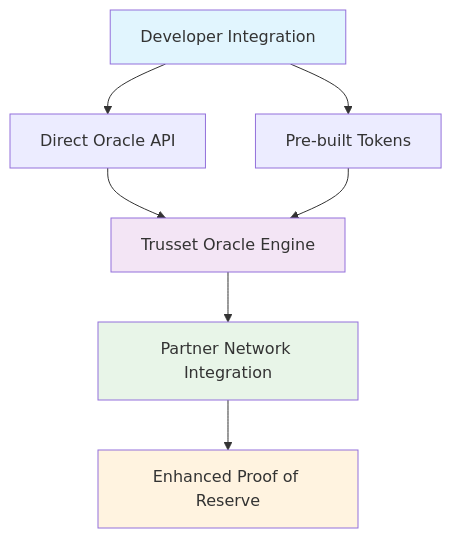
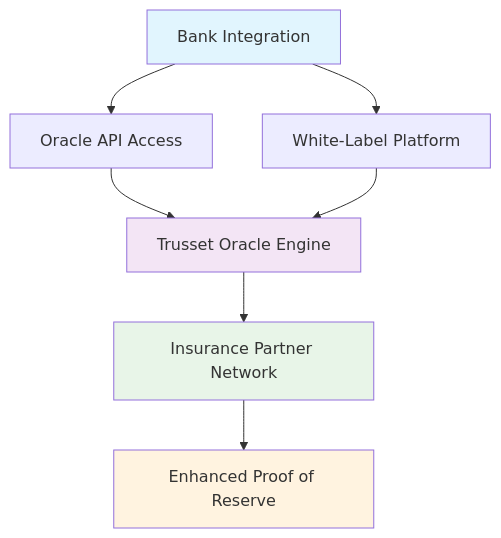
The second of 2 diagrams in protocol-architecture.mdx (Paulilami/documentation), drawn with Mermaid before and after one commit. The commit also changed other lines of this file and 13 other files, not shown here.

````diff
--- a/protocol-architecture.mdx
+++ b/protocol-architecture.mdx
@@ -52,14 +107,14 @@
 ```mermaid
 flowchart TD
-    A[Developer Integration] --> B[Direct Oracle API]
-    A --> C[Pre-built Tokens]
+    A[Bank Integration] --> B[Oracle API Access]
+    A --> C[White-Label Platform]
     B --> D[Trusset Oracle Engine]
     C --> D
-    D --> E[Partner Network Integration]
+    D --> E[Insurance Partner Network]
     E --> F[Enhanced Proof of Reserve]
     
     style A fill:#e1f5fe
     style D fill:#f3e5f5
     style E fill:#e8f5e8
     style F fill:#fff3e0
 ```
````
